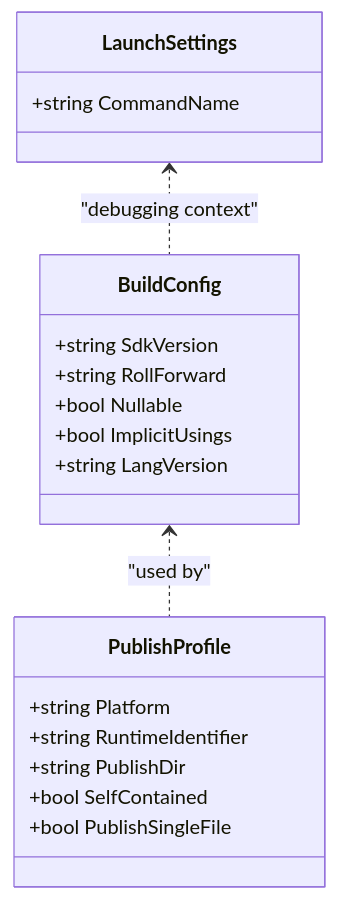
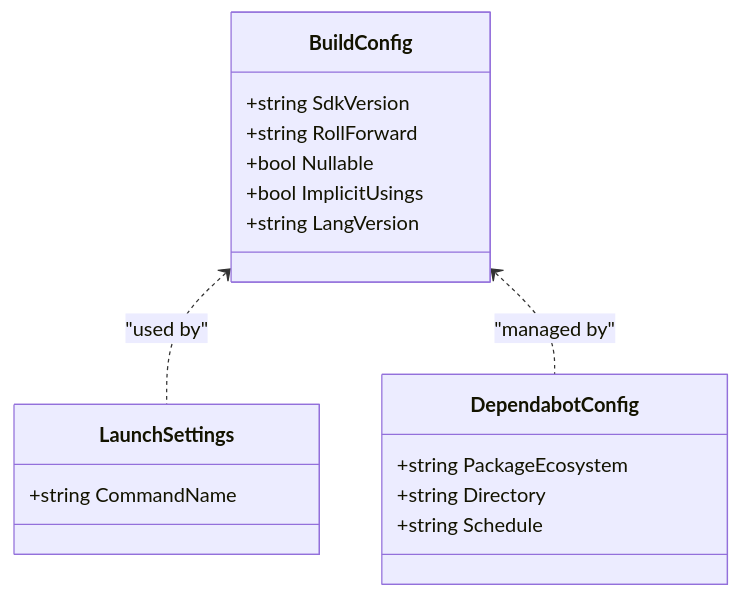
One commit to AgenticDesktop/App changed the eighth of 10 diagrams in .qoder/repowiki/en/content/Configuration and Deployment.md. Above: the diagram before and after it, drawn with Mermaid. The commit also changed other lines of this file and 22 other files, not shown here.

````diff
--- a/.qoder/repowiki/en/content/Configuration and Deployment.md
+++ b/.qoder/repowiki/en/content/Configuration and Deployment.md
@@ -237,22 +307,20 @@
 ```mermaid
 classDiagram
 class BuildConfig {
 +string SdkVersion
 +string RollForward
 +bool Nullable
 +bool ImplicitUsings
 +string LangVersion
 }
-class PublishProfile {
-+string Platform
-+string RuntimeIdentifier
-+string PublishDir
-+bool SelfContained
-+bool PublishSingleFile
-}
 class LaunchSettings {
 +string CommandName
 }
-BuildConfig <.. PublishProfile : "used by"
-LaunchSettings <.. BuildConfig : "debugging context"
+class DependabotConfig {
++string PackageEcosystem
++string Directory
++string Schedule
+}
+BuildConfig <.. LaunchSettings : "used by"
+BuildConfig <.. DependabotConfig : "managed by"
 ```
````
